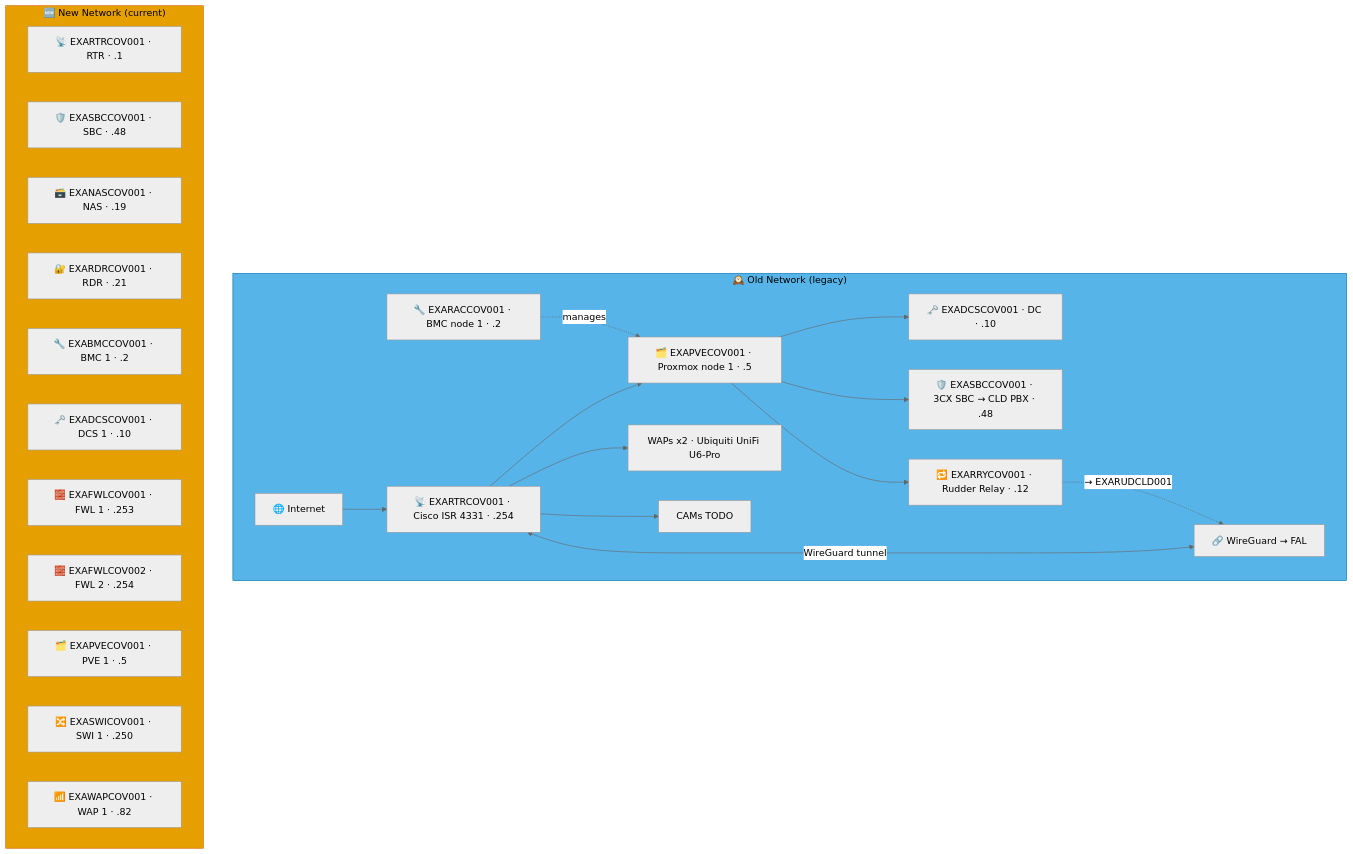
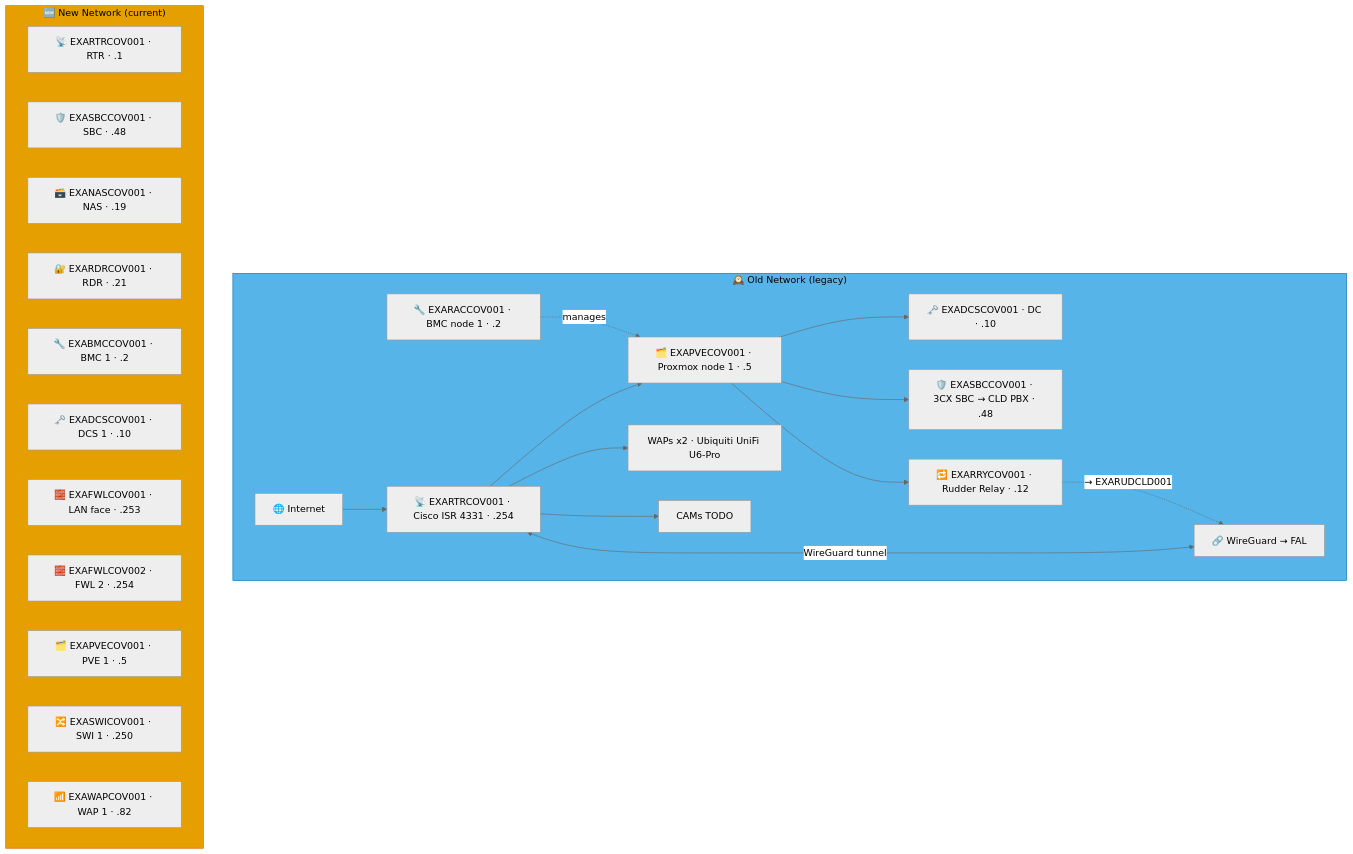
The ninth of 9 diagrams in docs/network-diagram/england.md (knightmare2600/example_music_infra), drawn with Mermaid (neutral theme) before and after one commit. The commit also changed other lines of this file and 17 other files, not shown here.

````diff
--- a/docs/network-diagram/england.md
+++ b/docs/network-diagram/england.md
@@ -480,40 +480,40 @@
 ```mermaid
 graph TD
     subgraph OLD_COV ["🕰️ Old Network (legacy)"]
       INET["🌐 Internet"]
       RTR["📡 EXARTRCOV001 · Cisco ISR 4331 · .254"]
       RAC["🔧 EXARACCOV001 · BMC node 1 · .2"]
       PVE["🗂️ EXAPVECOV001 · Proxmox node 1 · .5"]
       DC["🗝️ EXADCSCOV001 · DC · .10"]
       SBC["🛡️ EXASBCCOV001 · 3CX SBC → CLD PBX · .48"]
       RRY["🔁 EXARRYCOV001 · Rudder Relay · .12"]
       WAP["WAPs x2 · Ubiquiti UniFi U6-Pro"]
       CAM["CAMs TODO"]
       VPN["🔗 WireGuard → FAL"]
 
       INET --> RTR --> PVE --> DC & SBC
       RAC -.->|"manages"| PVE
       RTR --> WAP & CAM
       RTR <-->|"WireGuard tunnel"| VPN
 
       PVE --> RRY
       RRY -. "→ EXARUDCLD001" .-> VPN
     end
     style OLD_COV fill:#56B4E9,stroke:#0072B2,color:#000000
     %% GENERATED:NEW-NETWORK:COV:START
     subgraph NEW_COV ["🆕 New Network (current)"]
       N_RTR["📡 EXARTRCOV001 · RTR · .1"]
       N_SBC["🛡️ EXASBCCOV001 · SBC · .48"]
       N_NAS["🗃️ EXANASCOV001 · NAS · .19"]
       N_RDR["🔐 EXARDRCOV001 · RDR · .21"]
       N_BMC["🔧 EXABMCCOV001 · BMC 1 · .2"]
       N_DCS["🗝️ EXADCSCOV001 · DCS 1 · .10"]
-      N_FWL["🧱 EXAFWLCOV001 · FWL 1 · .253"]
+      N_FWL["🧱 EXAFWLCOV001 · LAN face · .253"]
       N_FWL2["🧱 EXAFWLCOV002 · FWL 2 · .254"]
       N_PVE["🗂️ EXAPVECOV001 · PVE 1 · .5"]
       N_SWI["🔀 EXASWICOV001 · SWI 1 · .250"]
       N_WAP["📶 EXAWAPCOV001 · WAP 1 · .82"]
     end
     style NEW_COV fill:#E69F00,stroke:#D55E00,color:#000000
     %% GENERATED:NEW-NETWORK:COV:END
 ```
````
